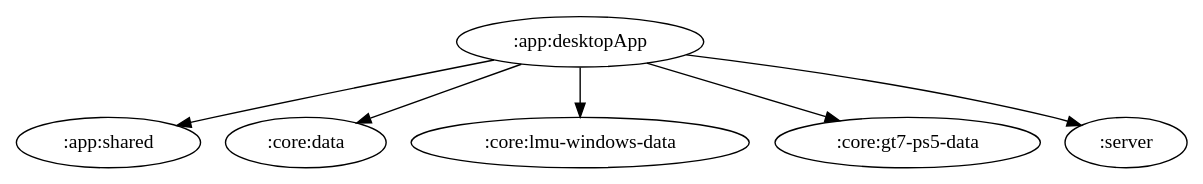
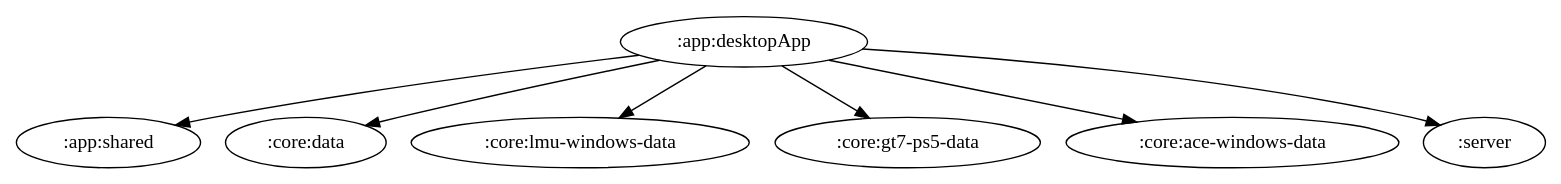
One commit to ai-kurou/KoDriver changed the diagram in docs/graphs/app-desktopApp.gv. Above: the diagram before and after it, drawn with Graphviz. The commit also changed 5 other files, not shown here.

Commit message:
chore: update module graph images

```diff
--- a/docs/graphs/app-desktopApp.gv
+++ b/docs/graphs/app-desktopApp.gv
@@ -1,8 +1,9 @@
 digraph G {
   rankdir=TB
   ":app:desktopApp" -> ":app:shared"
   ":app:desktopApp" -> ":core:data"
   ":app:desktopApp" -> ":core:lmu-windows-data"
   ":app:desktopApp" -> ":core:gt7-ps5-data"
+  ":app:desktopApp" -> ":core:ace-windows-data"
   ":app:desktopApp" -> ":server"
 }
```
